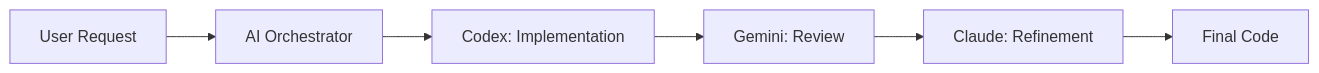
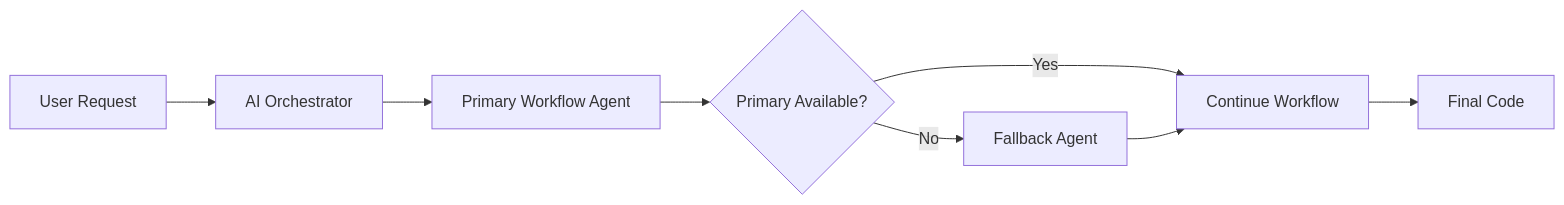
Before and after one commit to KhaiTrang1995/AI-Agents-Orchestrator: the first of 2 diagrams in README.md, drawn with Mermaid. The commit also changed other lines of this file and 32 other files, not shown here.

````diff
--- a/README.md
+++ b/README.md
@@ -45,8 +46,10 @@
 ```mermaid
 graph LR
     A[User Request] --> B[AI Orchestrator]
-    B --> C[Codex: Implementation]
-    C --> D[Gemini: Review]
-    D --> E[Claude: Refinement]
+    B --> C[Primary Workflow Agent]
+    C --> D{Primary Available?}
+    D -->|Yes| E[Continue Workflow]
+    D -->|No| G[Fallback Agent]
+    G --> E
     E --> F[Final Code]
 ```
````
